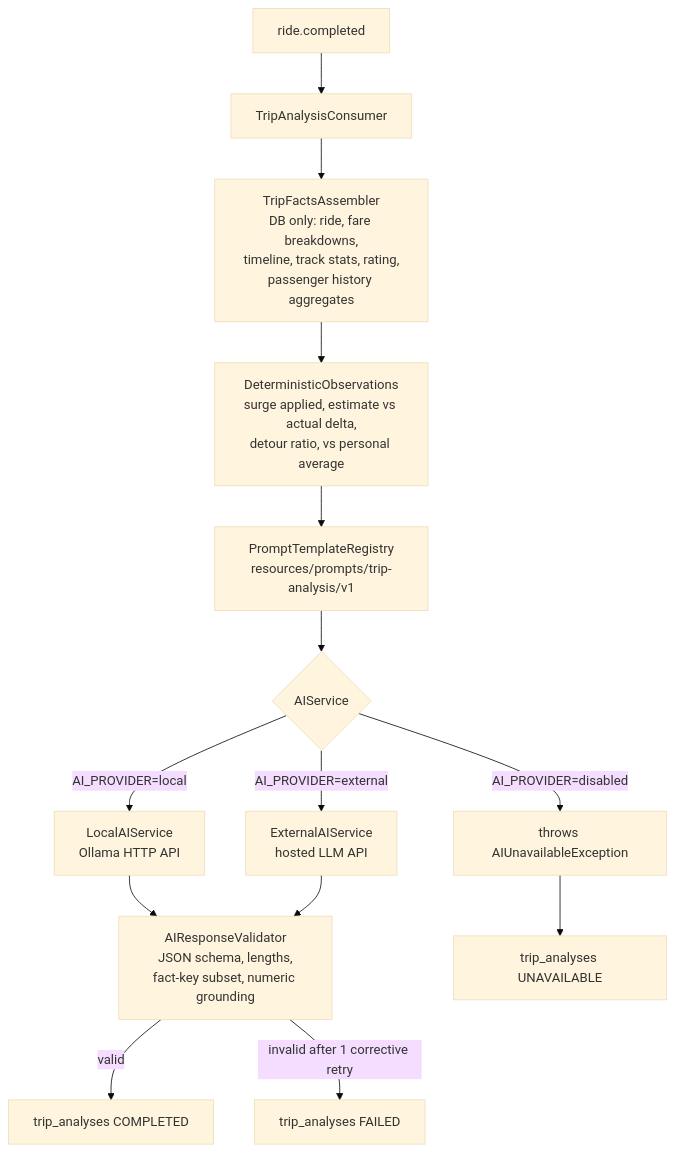
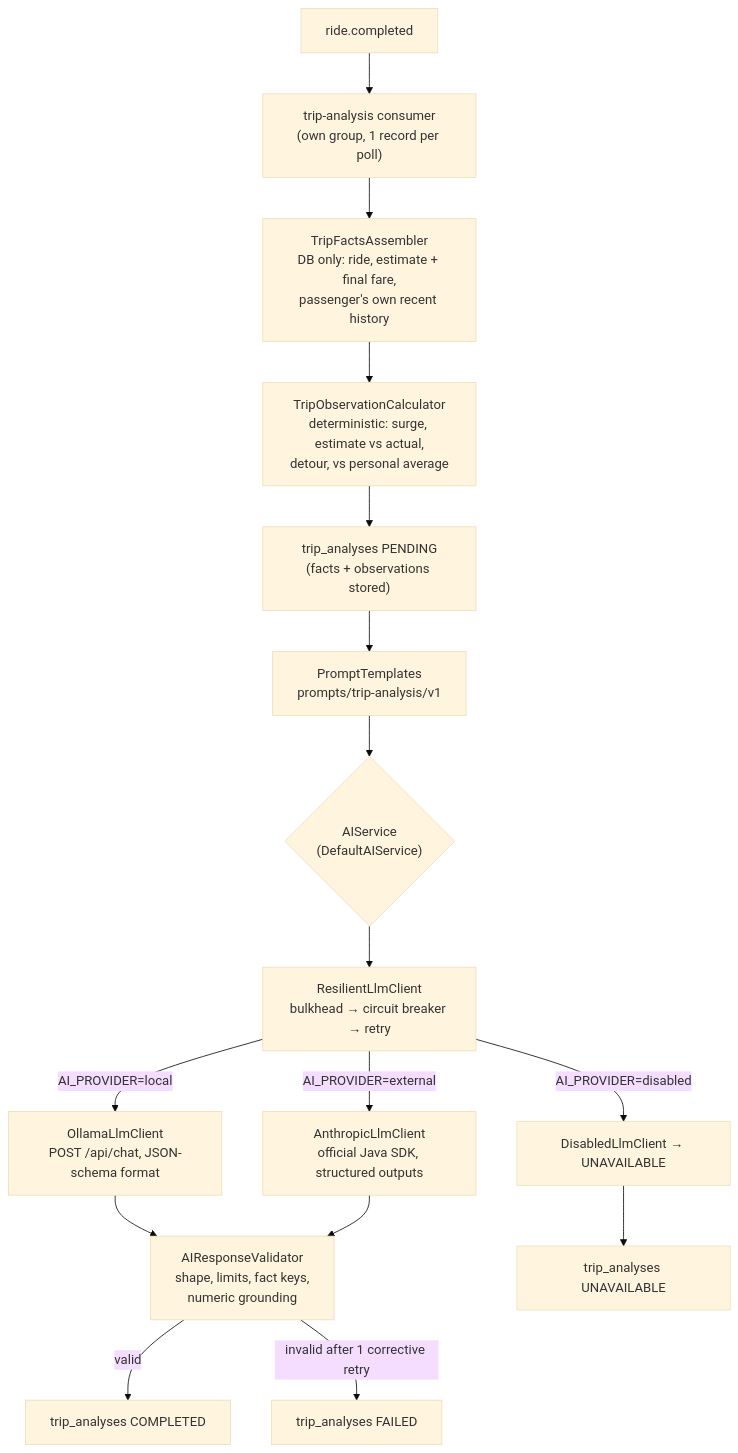
One commit to saitharun1903/Rapo changed the seventh of 10 diagrams in docs/architecture.md. Above: the diagram before and after it, drawn with Mermaid (base theme). The commit also changed other lines of this file and 66 other files, not shown here.

First line of the commit message:
Add AI trip insights: providers, grounding validator, resilience, Q&A

````diff
--- a/docs/architecture.md
+++ b/docs/architecture.md
@@ -513,15 +516,17 @@
 ```mermaid
 flowchart TB
-    EV["ride.completed"] --> TAC["TripAnalysisConsumer"]
-    TAC --> TFA["TripFactsAssembler<br/>DB only: ride, fare breakdowns,<br/>timeline, track stats, rating,<br/>passenger history aggregates"]
-    TFA --> OBS["DeterministicObservations<br/>surge applied, estimate vs actual delta,<br/>detour ratio, vs personal average"]
-    OBS --> PT["PromptTemplateRegistry<br/>resources/prompts/trip-analysis/v1"]
-    PT --> SVC{"AIService"}
-    SVC -->|AI_PROVIDER=local| LOC["LocalAIService<br/>Ollama HTTP API"]
-    SVC -->|AI_PROVIDER=external| EXT["ExternalAIService<br/>hosted LLM API"]
-    SVC -->|AI_PROVIDER=disabled| UNA["throws AIUnavailableException"]
-    LOC & EXT --> VAL["AIResponseValidator<br/>JSON schema, lengths,<br/>fact-key subset, numeric grounding"]
+    EV["ride.completed"] --> TAC["trip-analysis consumer<br/>(own group, 1 record per poll)"]
+    TAC --> TFA["TripFactsAssembler<br/>DB only: ride, estimate + final fare,<br/>passenger's own recent history"]
+    TFA --> OBS["TripObservationCalculator<br/>deterministic: surge, estimate vs actual,<br/>detour, vs personal average"]
+    OBS --> PEND["trip_analyses PENDING<br/>(facts + observations stored)"]
+    PEND --> PT["PromptTemplates<br/>prompts/trip-analysis/v1"]
+    PT --> SVC{"AIService<br/>(DefaultAIService)"}
+    SVC --> RES["ResilientLlmClient<br/>bulkhead → circuit breaker → retry"]
+    RES -->|AI_PROVIDER=local| LOC["OllamaLlmClient<br/>POST /api/chat, JSON-schema format"]
+    RES -->|AI_PROVIDER=external| EXT["AnthropicLlmClient<br/>official Java SDK, structured outputs"]
+    RES -->|AI_PROVIDER=disabled| UNA["DisabledLlmClient → UNAVAILABLE"]
+    LOC & EXT --> VAL["AIResponseValidator<br/>shape, limits, fact keys,<br/>numeric grounding"]
     VAL -->|valid| OK["trip_analyses COMPLETED"]
     VAL -->|invalid after 1 corrective retry| FAIL["trip_analyses FAILED"]
     UNA --> UN["trip_analyses UNAVAILABLE"]
 ```
````
